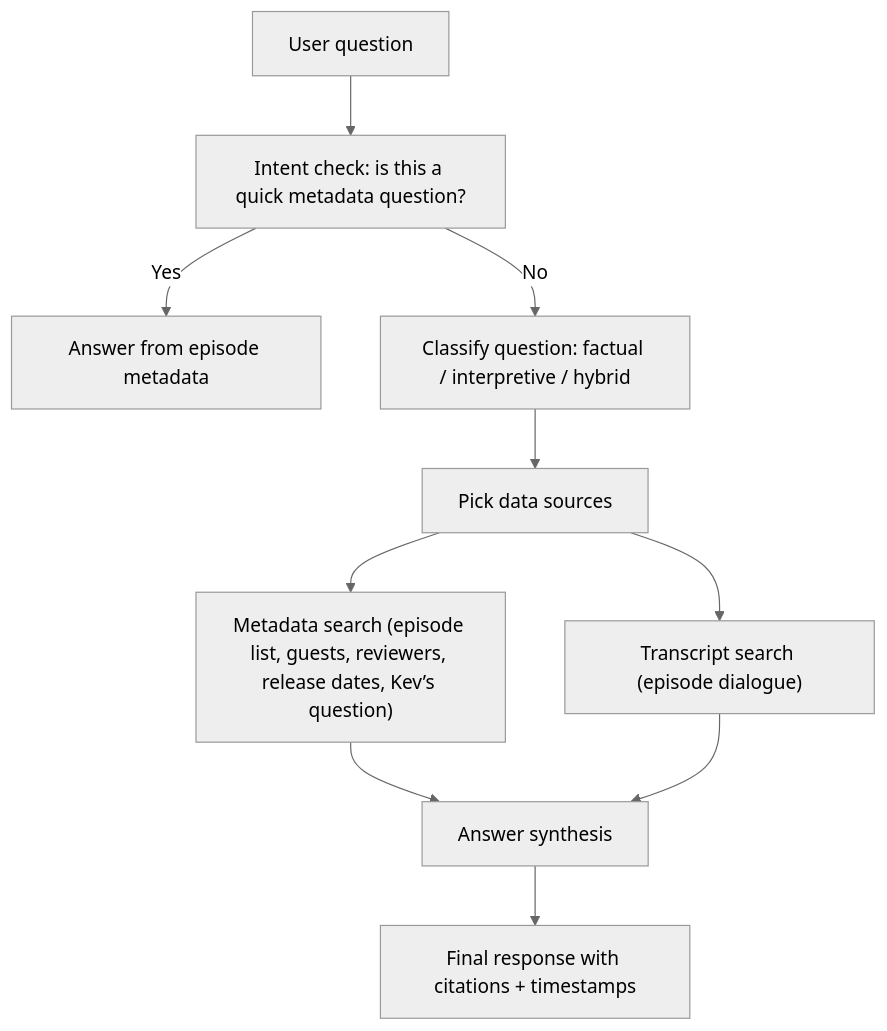
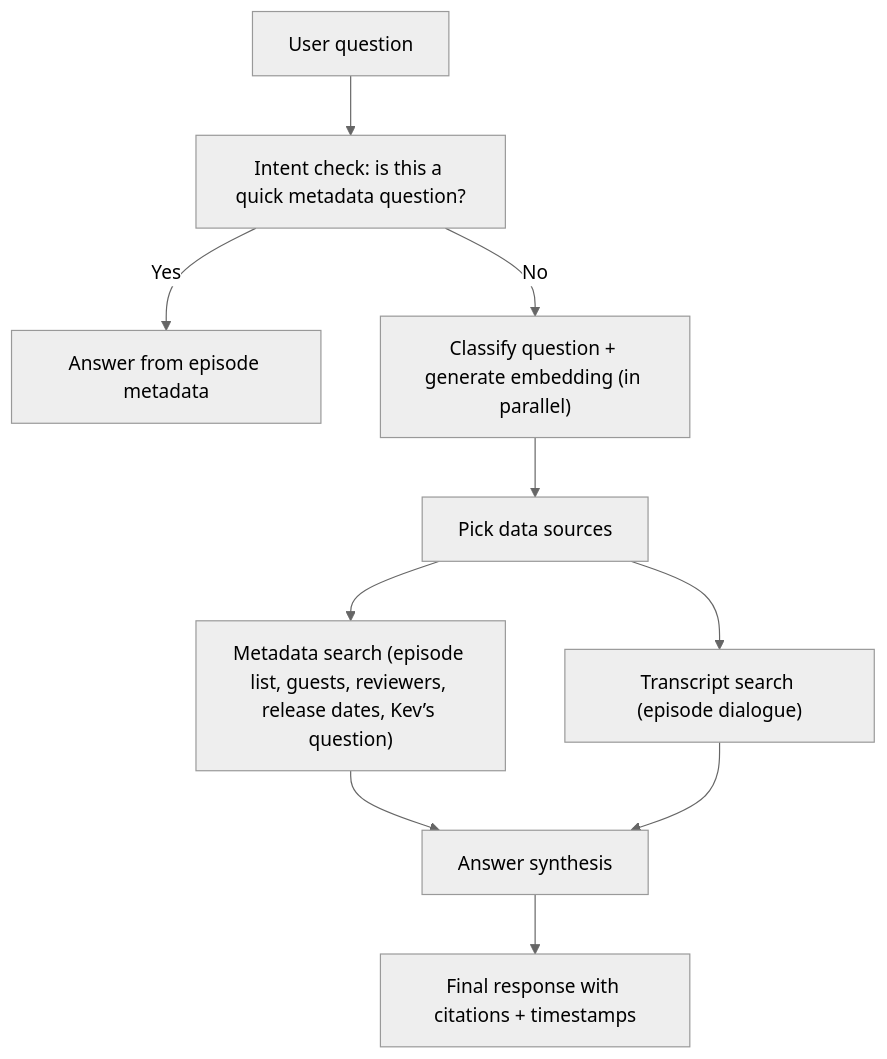
The first of 2 diagrams in docs/query-journey.md (matthh/transcript-app), drawn with Mermaid (neutral theme) before and after one commit. The commit also changed other lines of this file and 4 other files, not shown here.

````diff
--- a/docs/query-journey.md
+++ b/docs/query-journey.md
@@ -16,12 +16,12 @@
 ```mermaid
 flowchart TD
   A["User question"] --> B["Intent check: is this a quick metadata question?"]
   B -- "Yes" --> C["Answer from episode metadata"]
-  B -- "No" --> D["Classify question: factual / interpretive / hybrid"]
+  B -- "No" --> D["Classify question + generate embedding (in parallel)"]
   D --> E["Pick data sources"]
   E --> F["Metadata search (episode list, guests, reviewers, release dates, Kev’s question)"]
   E --> G["Transcript search (episode dialogue)"]
   F --> H["Answer synthesis"]
   G --> H["Answer synthesis"]
   H --> I["Final response with citations + timestamps"]
 ```
````
